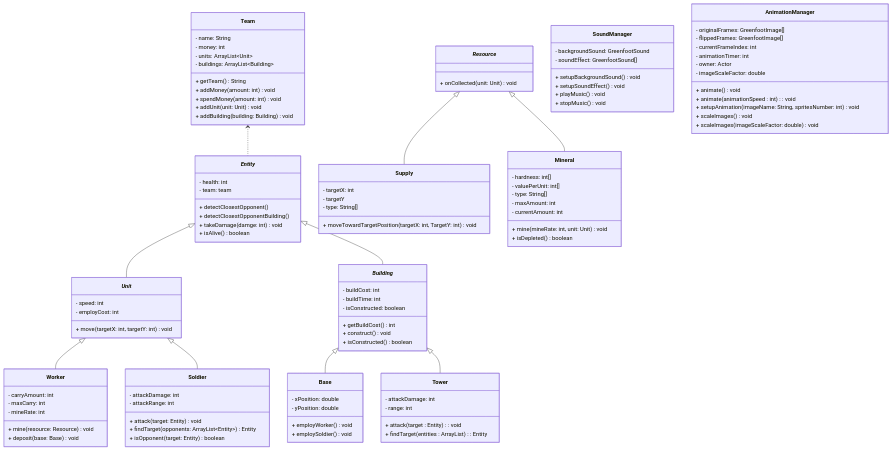
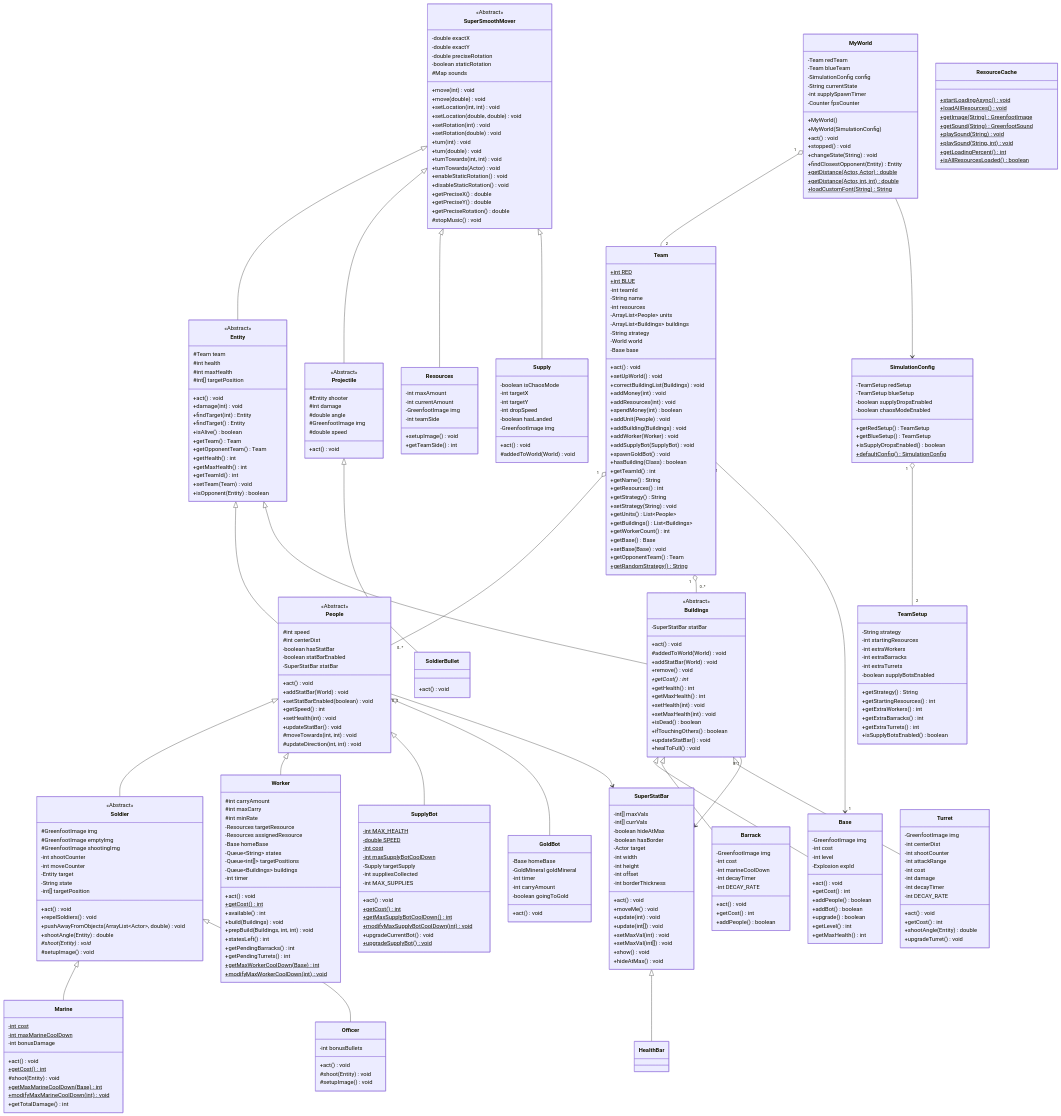
The diagram in classDiagram_UML.md (QinghaoHu/ICS4U-Simulation-project), drawn with Mermaid before and after one commit.

````diff
--- a/classDiagram_UML.md
+++ b/classDiagram_UML.md
@@ -1,137 +1,401 @@
 ```mermaid
 classDiagram
 
-`*Entity*` <|-- `*Unit*`
-`*Entity*` <|-- `*Building*`
-`*Unit*` <|-- Worker
-`*Unit*` <|-- Soldier
-`*Building*` <|-- Base
-`*Building*` <|-- Tower
-`*Resource*` <|-- Supply
-`*Resource*` <|-- Mineral
-Team <.. `*Entity*`
+ class SuperSmoothMover <<Abstract>> {
+    -double exactX
+    -double exactY
+    -double preciseRotation
+    -boolean staticRotation
+    #Map sounds
 
-class Team {
-    - name: String
-    - money: int
-    - units: ArrayList~Unit~
-    - buildings: ArrayList~Building~
-
-    + getTeam() String
-    + addMoney(amount: int) void
-    + spendMoney(amount: int) void
-    + addUnit(unit: Unit) void
-    + addBuilding(building: Building) void
-}
-
-class `*Entity*` {
-    - health: int
-    - team: team
-
-    + detectClosestOpponent() 
-    + detectClosestOpponentBuilding()
-    + takeDamage(damge: int) void
-    + isAlive() boolean
+    +move(int) void
+    +move(double) void
+    +setLocation(int, int) void
+    +setLocation(double, double) void
+    +setRotation(int) void
+    +setRotation(double) void
+    +turn(int) void
+    +turn(double) void
+    +turnTowards(int, int) void
+    +turnTowards(Actor) void
+    +enableStaticRotation() void
+    +disableStaticRotation() void
+    +getPreciseX() double
+    +getPreciseY() double
+    +getPreciseRotation() double
+    #stopMusic() void
   }
 
-class `*Unit*` {
-    - speed: int
-    - employCost: int
+  class Entity <<Abstract>> {
+    #Team team
+    #int health
+    #int maxHealth
+    #int[] targetPosition
 
-    + move(targetX: int, targetY: int) void
-}
+    +act() void
+    +damage(int) void
+    +findTarget(int) Entity
+    +findTarget() Entity
+    +isAlive() boolean
+    +getTeam() Team
+    +getOpponentTeam() Team
+    +getHealth() int
+    +getMaxHealth() int
+    +getTeamId() int
+    +setTeam(Team) void
+    +isOpponent(Entity) boolean
+  }
 
-class Worker {
-    - carryAmount: int
-    - maxCarry: int
-    - mineRate: int
+  class People <<Abstract>> {
+    #int speed
+    #int centerDist
+    -boolean hasStatBar
+    -boolean statBarEnabled
+    -SuperStatBar statBar
 
-    + mine(resource: Resource) void
-    + deposit(base: Base) void
-}
+    +act() void
+    +addStatBar(World) void
+    +setStatBarEnabled(boolean) void
+    +getSpeed() int
+    +setHealth(int) void
+    +updateStatBar() void
+    #moveTowards(int, int) void
+    #updateDirection(int, int) void
+  }
 
-class Soldier {
-    - attackDamage: int
-    - attackRange: int
+  class Buildings <<Abstract>> {
+    -SuperStatBar statBar
 
-    + attack(target: Entity) void
-    + findTarget(opponents: ArrayList~Entity~) Entity
-    + isOpponent(target: Entity) boolean
-}
+    +act() void
+    #addedToWorld(World) void
+    +addStatBar(World) void
+    +remove() void
+    +getCost() int*
+    +getHealth() int
+    +getMaxHealth() int
+    +setHealth(int) void
+    +setMaxHealth(int) void
+    +isDead() boolean
+    +ifTouchingOthers() boolean
+    +updateStatBar() void
+    +healToFull() void
+  }
 
-class `*Building*`{
-    - buildCost: int
-    - buildTime: int
-    - isConstructed: boolean
-    
-    + getBuildCost() int
-    + construct() void
-    + isConstructed() boolean
-}
+  class Projectile <<Abstract>> {
+    #Entity shooter
+    #int damage
+    #double angle
+    #GreenfootImage img
+    #double speed
 
-class Base {
-    - xPosition: double
-    - yPosition: double
+    +act() void
+  }
 
-    + employWorker() void
-    + employSoldier() void
-}
+  class Soldier <<Abstract>> {
+    #GreenfootImage img
+    #GreenfootImage emptyImg
+    #GreenfootImage shootingImg
+    -int shootCounter
+    -int moveCounter
+    -Entity target
+    -String state
+    -int[] targetPosition
 
-class Tower {
-    - attackDamage: int
-    - range: int
+    +act() void
+    +repelSoldiers() void
+    +pushAwayFromObjects(ArrayList~Actor~, double) void
+    +shootAngle(Entity) double
+    #shoot(Entity) void*
+    #setupImage() void
+  }
 
-    + attack(target : Entity) : void
-    + findTarget(entities : ArrayList<Entity>) : Entity
-}
+  class SuperStatBar {
+    -int[] maxVals
+    -int[] currVals
+    -boolean hideAtMax
+    -boolean hasBorder
+    -Actor target
+    -int width
+    -int height
+    -int offset
+    -int borderThickness
 
-class `*Resource*`{
-    + onCollected (unit: Unit) void
-}
+    +act() void
+    +moveMe() void
+    +update(int) void
+    +update(int[]) void
+    +setMaxVal(int) void
+    +setMaxVal(int[]) void
+    +show() void
+    +hideAtMax() void
+  }
 
-class Mineral {
-    - hardness: int[]
-    - valuePerUnit: int[]
-    - type: String[]
-    - maxAmount: int
-    - currentAmount: int
+  class HealthBar
 
-    + mine(mineRate: int, unit: Unit) void
-    + isDepleted() boolean
-}
+  class Base {
+    -GreenfootImage img
+    -int cost
+    -int level
+    -Explosion expld
 
-class Supply {
-    - targetX: int
-    - targetY
-    - type: String[]
+    +act() void
+    +getCost() int
+    +addPeople() boolean
+    +addBot() boolean
+    +upgrade() boolean
+    +getLevel() int
+    +getMaxHealth() int
+  }
 
-    + moveTowardTargetPosition(targetX: int, TargetY: int) void
-}
+  class Barrack {
+    -GreenfootImage img
+    -int cost
+    -int marineCoolDown
+    -int decayTimer
+    -int DECAY_RATE
 
-class SoundManager {
-    - backgroundSound: GreenfootSound
-    - soundEffect: GreenfootSound[]
+    +act() void
+    +getCost() int
+    +addPeople() boolean
+  }
 
-    + setupBackgroundSound() void
-    + setupSoundEffect() void
-    + playMusic() void
-    + stopMusic() void
-}
+  class Turret {
+    -GreenfootImage img
+    -int centerDist
+    -int shootCounter
+    -int attackRange
+    -int cost
+    -int damage
+    -int decayTimer
+    -int DECAY_RATE
 
-class AnimationManager {
-    - originalFrames: GreenfootImage[]
-    - flippedFrames: GreenfootImage[]
-    - currentFrameIndex: int
-    - animationTimer: int
-    - owner: Actor
-    - imageScaleFactor: double
+    +act() void
+    +getCost() int
+    +shootAngle(Entity) double
+    +upgradeTurret() void
+  }
 
-    + animate() void
-    + animate(animationSpeed : int) : void
-    + setupAnimation(imageName: String, spritesNumber: int) void
-    + scaleImages() void
-    + scaleImages(imageScaleFactor: double) void
-}
+  class Worker {
+    #int carryAmount
+    #int maxCarry
+    #int minRate
+    -Resources targetResource
+    -Resources assignedResource
+    -Base homeBase
+    -Queue~String~ states
+    -Queue~int[]~ targetPositions
+    -Queue~Buildings~ buildings
+    -int timer
+
+    +act() void
+    +getCost() int$
+    +available() int
+    +build(Buildings) void
+    +prepBuild(Buildings, int, int) void
+    +statesLeft() int
+    +getPendingBarracks() int
+    +getPendingTurrets() int
+    +getMaxWorkerCoolDown(Base) int$
+    +modifyMaxWorkerCoolDown(int) void$
+  }
+
+  class SupplyBot {
+    -int MAX_HEALTH$
+    -double SPEED$
+    -int cost$
+    -int maxSupplyBotCoolDown$
+    -Supply targetSupply
+    -int suppliesCollected
+    -int MAX_SUPPLIES
+
+    +act() void
+    +getCost() int$
+    +getMaxSupplyBotCoolDown() int$
+    +modifyMaxSupplyBotCoolDown(int) void$
+    +upgradeCurrentBot() void
+    +upgradeSupplyBot() void$
+  }
+
+  class GoldBot {
+    -Base homeBase
+    -GoldMineral goldMineral
+    -int timer
+    -int carryAmount
+    -boolean goingToGold
+
+    +act() void
+  }
+
+  class Marine {
+    -int cost$
+    -int maxMarineCoolDown$
+    -int bonusDamage
+
+    +act() void
+    +getCost() int$
+    #shoot(Entity) void
+    +getMaxMarineCoolDown(Base) int$
+    +modifyMaxMarineCoolDown(int) void$
+    +getTotalDamage() int
+  }
+
+  class Officer {
+    -int bonusBullets
+
+    +act() void
+    #shoot(Entity) void
+    #setupImage() void
+  }
+
+  class SoldierBullet {
+    +act() void
+  }
+
+  class Resources {
+    -int maxAmount
+    -int currentAmount
+    -GreenfootImage img
+    -int teamSide
+
+    +setupImage() void
+    +getTeamSide() int
+  }
+
+  class Supply {
+    -boolean isChaosMode
+    -int targetX
+    -int targetY
+    -int dropSpeed
+    -boolean hasLanded
+    -GreenfootImage img
+
+    +act() void
+    #addedToWorld(World) void
+  }
+
+  class Team {
+    +int RED$
+    +int BLUE$
+    -int teamId
+    -String name
+    -int resources
+    -ArrayList~People~ units
+    -ArrayList~Buildings~ buildings
+    -String strategy
+    -World world
+    -Base base
+
+    +act() void
+    +setUpWorld() void
+    +correctBuildingList(Buildings) void
+    +addMoney(int) void
+    +addResources(int) void
+    +spendMoney(int) boolean
+    +addUnit(People) void
+    +addBuilding(Buildings) void
+    +addWorker(Worker) void
+    +addSupplyBot(SupplyBot) void
+    +spawnGoldBot() void
+    +hasBuilding(Class) boolean
+    +getTeamId() int
+    +getName() String
+    +getResources() int
+    +getStrategy() String
+    +setStrategy(String) void
+    +getUnits() List~People~
+    +getBuildings() List~Buildings~
+    +getWorkerCount() int
+    +getBase() Base
+    +setBase(Base) void
+    +getOpponentTeam() Team
+    +getRandomStrategy() String$
+  }
+
+  class MyWorld {
+    -Team redTeam
+    -Team blueTeam
+    -SimulationConfig config
+    -String currentState
+    -int supplySpawnTimer
+    -Counter fpsCounter
+
+    +MyWorld()
+    +MyWorld(SimulationConfig)
+    +act() void
+    +stopped() void
+    +changeState(String) void
+    +findClosestOpponent(Entity) Entity
+    +getDistance(Actor, Actor) double$
+    +getDistance(Actor, int, int) double$
+    +loadCustomFont(String) String$
+  }
+
+  class SimulationConfig {
+    -TeamSetup redSetup
+    -TeamSetup blueSetup
+    -boolean supplyDropsEnabled
+    -boolean chaosModeEnabled
+
+    +getRedSetup() TeamSetup
+    +getBlueSetup() TeamSetup
+    +isSupplyDropsEnabled() boolean
+    +defaultConfig() SimulationConfig$
+  }
+
+  class TeamSetup {
+    -String strategy
+    -int startingResources
+    -int extraWorkers
+    -int extraBarracks
+    -int extraTurrets
+    -boolean supplyBotsEnabled
+
+    +getStrategy() String
+    +getStartingResources() int
+    +getExtraWorkers() int
+    +getExtraBarracks() int
+    +getExtraTurrets() int
+    +isSupplyBotsEnabled() boolean
+  }
+
+  class ResourceCache {
+    +startLoadingAsync() void$
+    +loadAllResources() void$
+    +getImage(String) GreenfootImage$
+    +getSound(String) GreenfootSound$
+    +playSound(String) void$
+    +playSound(String, int) void$
+    +getLoadingPercent() int$
+    +isAllResourcesLoaded() boolean$
+  }
+
+  SuperSmoothMover <|-- Entity
+  Entity <|-- People
+  Entity <|-- Buildings
+  SuperSmoothMover <|-- Projectile
+  People <|-- Soldier
+  Projectile <|-- SoldierBullet
+  SuperStatBar <|-- HealthBar
+  Buildings <|-- Base
+  Buildings <|-- Barrack
+  Buildings <|-- Turret
+  People <|-- Worker
+  People <|-- SupplyBot
+  People <|-- GoldBot
+  Soldier <|-- Marine
+  Soldier <|-- Officer
+  SuperSmoothMover <|-- Resources
+  SuperSmoothMover <|-- Supply
+
+  Team "1" o-- "0..*" People
+  Team "1" o-- "0..*" Buildings
+  Team "1" --> "1" Base
+  People "0..1" --> SuperStatBar
+  Buildings "0..1" --> SuperStatBar
+
+  MyWorld "1" o-- "2" Team
+  MyWorld --> SimulationConfig
+  SimulationConfig "1" o-- "2" TeamSetup
 
 
 ```
````
